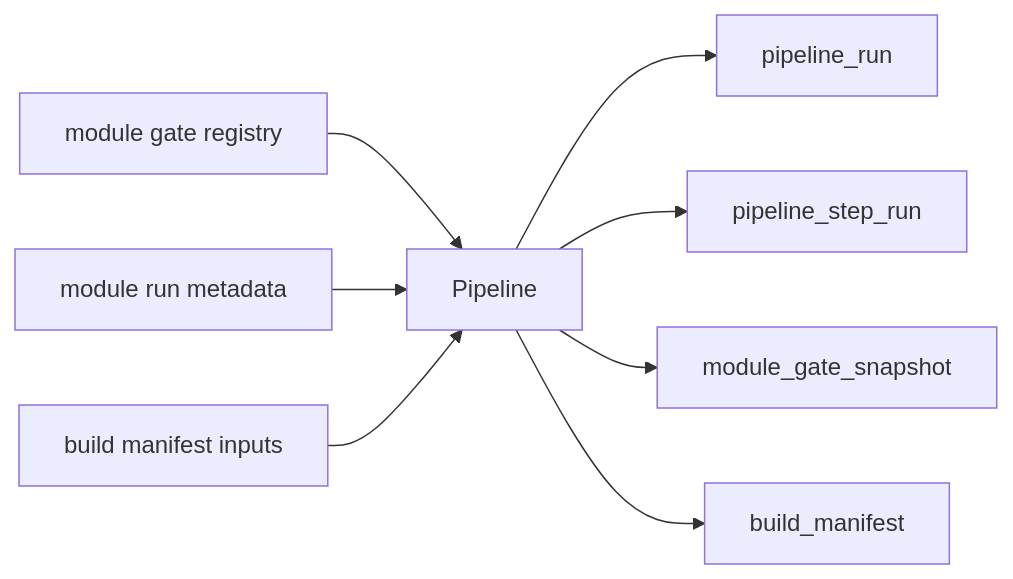
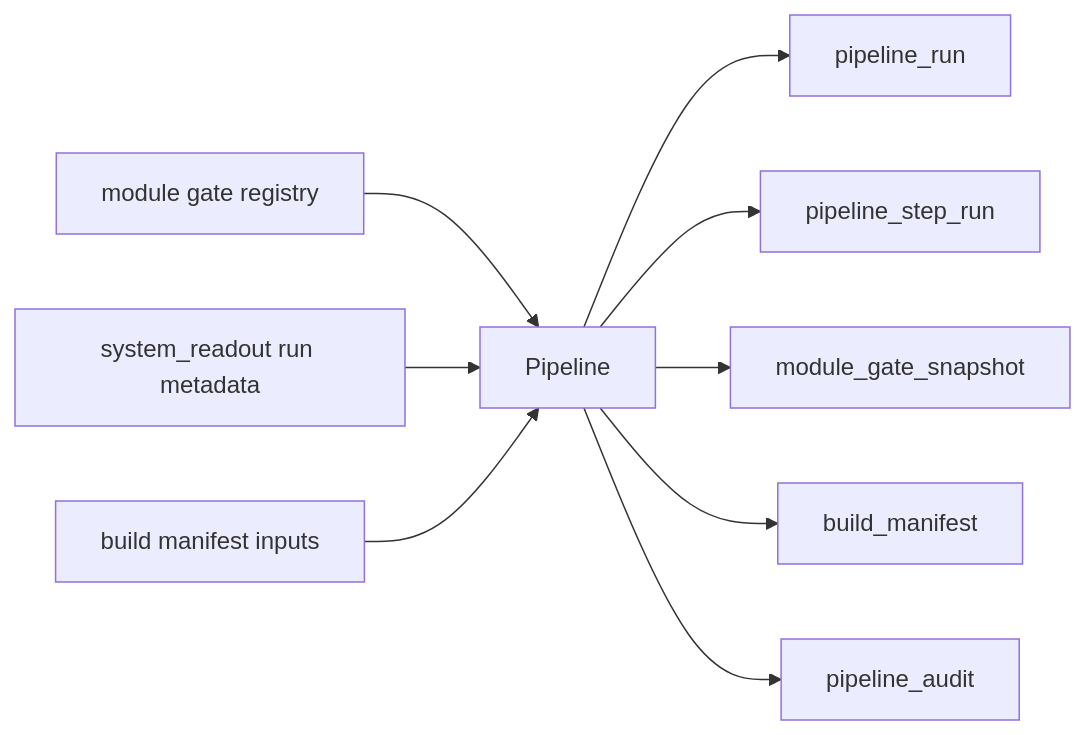
One commit to everything-is-simple/Asteria changed the diagram in docs/02-modules/pipeline/00-authority-design-v1.md. Above: the diagram before and after it, drawn with Mermaid. The commit also changed other lines of this file and 41 other files, not shown here.

Commit message:
Pipeline single-module orchestration build

````diff
--- a/docs/02-modules/pipeline/00-authority-design-v1.md
+++ b/docs/02-modules/pipeline/00-authority-design-v1.md
@@ -111,10 +74,11 @@
 ```mermaid
 flowchart LR
     G[module gate registry] --> P[Pipeline]
-    R[module run metadata] --> P
+    R[system_readout run metadata] --> P
     M[build manifest inputs] --> P
     P --> PR[pipeline_run]
     P --> PS[pipeline_step_run]
     P --> GS[module_gate_snapshot]
     P --> BM[build_manifest]
+    P --> PA[pipeline_audit]
 ```
````
